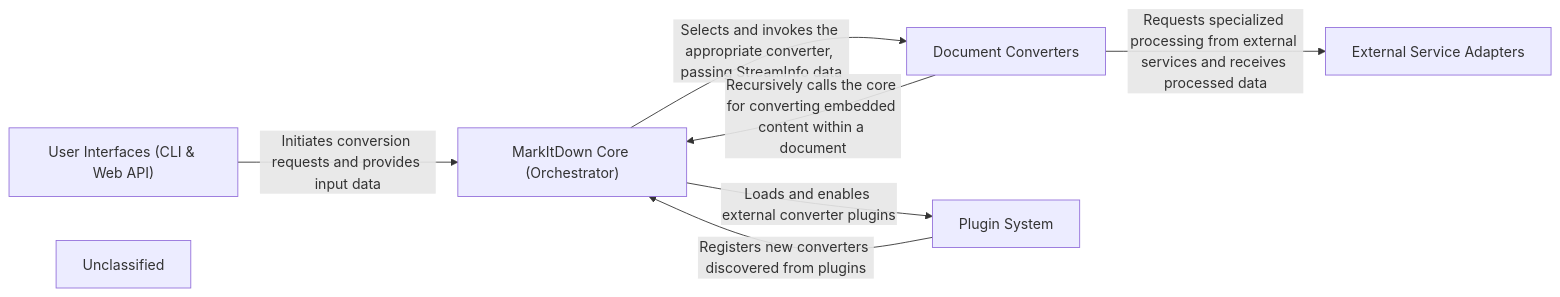
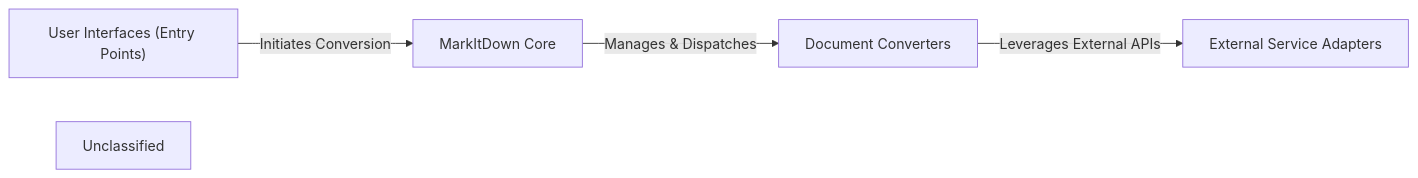
One commit to CodeBoarding/GeneratedOnBoardings changed the diagram in markitdown/on_boarding.md. Above: the diagram before and after it, drawn with Mermaid. The commit also changed other lines of this file and 2 other files, not shown here.

Commit message:
Uploading onboarding materials for markitdown

````diff
--- a/markitdown/on_boarding.md
+++ b/markitdown/on_boarding.md
@@ -1,15 +1,13 @@
 ```mermaid
 graph LR
-    User_Interfaces_CLI_Web_API_["User Interfaces (CLI & Web API)"]
-    MarkItDown_Core_Orchestrator_["MarkItDown Core (Orchestrator)"]
+    User_Interfaces_Entry_Points_["User Interfaces (Entry Points)"]
+    MarkItDown_Core["MarkItDown Core"]
     Document_Converters["Document Converters"]
     External_Service_Adapters["External Service Adapters"]
-    Plugin_System["Plugin System"]
     Unclassified["Unclassified"]
-    User_Interfaces_CLI_Web_API_ -- "Initiates conversion requests and provides input data" --> MarkItDown_Core_Orchestrator_
-    MarkItDown_Core_Orchestrator_ -- "Selects and invokes the appropriate converter, passing StreamInfo data" --> Document_Converters
-    Document_Converters -- "Requests specialized processing from external services and receives processed data" --> External_Service_Adapters
-    MarkItDown_Core_Orchestrator_ -- "Loads and enables external converter plugins" --> Plugin_System
-    Plugin_System -- "Registers new converters discovered from plugins" --> MarkItDown_Core_Orchestrator_
-    Document_Converters -- "Recursively calls the core for converting embedded content within a document" --> MarkItDown_Core_Orchestrator_
+    User_Interfaces_Entry_Points_ -- "Initiates Conversion" --> MarkItDown_Core
+    MarkItDown_Core -- "Manages & Dispatches" --> Document_Converters
+    Document_Converters -- "Leverages External APIs" --> External_Service_Adapters
+    click MarkItDown_Core href "https://github.com/CodeBoarding/GeneratedOnBoardings/blob/main/markitdown/MarkItDown_Core.md" "Details"
+    click Document_Converters href "https://github.com/CodeBoarding/GeneratedOnBoardings/blob/main/markitdown/Document_Converters.md" "Details"
 ```
````
